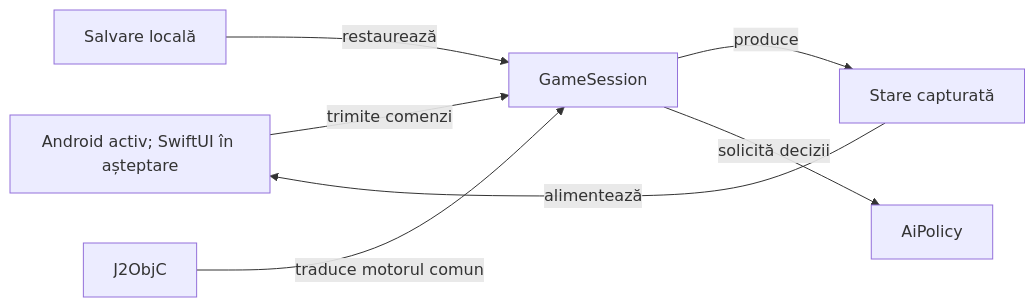
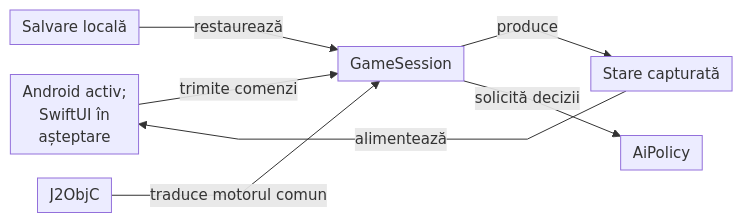
One commit to crististefanita/whist changed the diagram in whist-lab-app/README.md. Above: the diagram before and after it, drawn with Mermaid. The commit also changed other lines of this file and 33 other files, not shown here.

````diff
--- a/whist-lab-app/README.md
+++ b/whist-lab-app/README.md
@@ -42,9 +42,10 @@
 ```mermaid
+%%{init: {"themeVariables":{"fontSize":"15px"},"themeCSS":".edgeLabel, .edgeLabel p { font-size: 12px !important; } .node rect { rx: 6px; ry: 6px; }","flowchart":{"curve":"linear","nodeSpacing":24,"rankSpacing":22,"padding":6},"sequence":{"mirrorActors":false,"messageMargin":24,"wrap":true}}}%%
 flowchart LR
-UI[Android activ; SwiftUI în așteptare] -->|trimite comenzi| SESSION[GameSession]
-SESSION -->|produce| VIEW[Stare capturată]
+UI["Android activ;<br/>SwiftUI în<br/>așteptare"] -->|trimite comenzi| SESSION["GameSession"]
+SESSION -->|produce| VIEW["Stare capturată"]
 VIEW -->|alimentează| UI
-SESSION -->|solicită decizii| AI[AiPolicy]
-STORE[Salvare locală] -->|restaurează| SESSION
-IOS[J2ObjC] -->|traduce motorul comun| SESSION
+SESSION -->|solicită decizii| AI["AiPolicy"]
+STORE["Salvare locală"] -->|restaurează| SESSION
+IOS["J2ObjC"] -->|traduce motorul comun| SESSION
 ```
````
